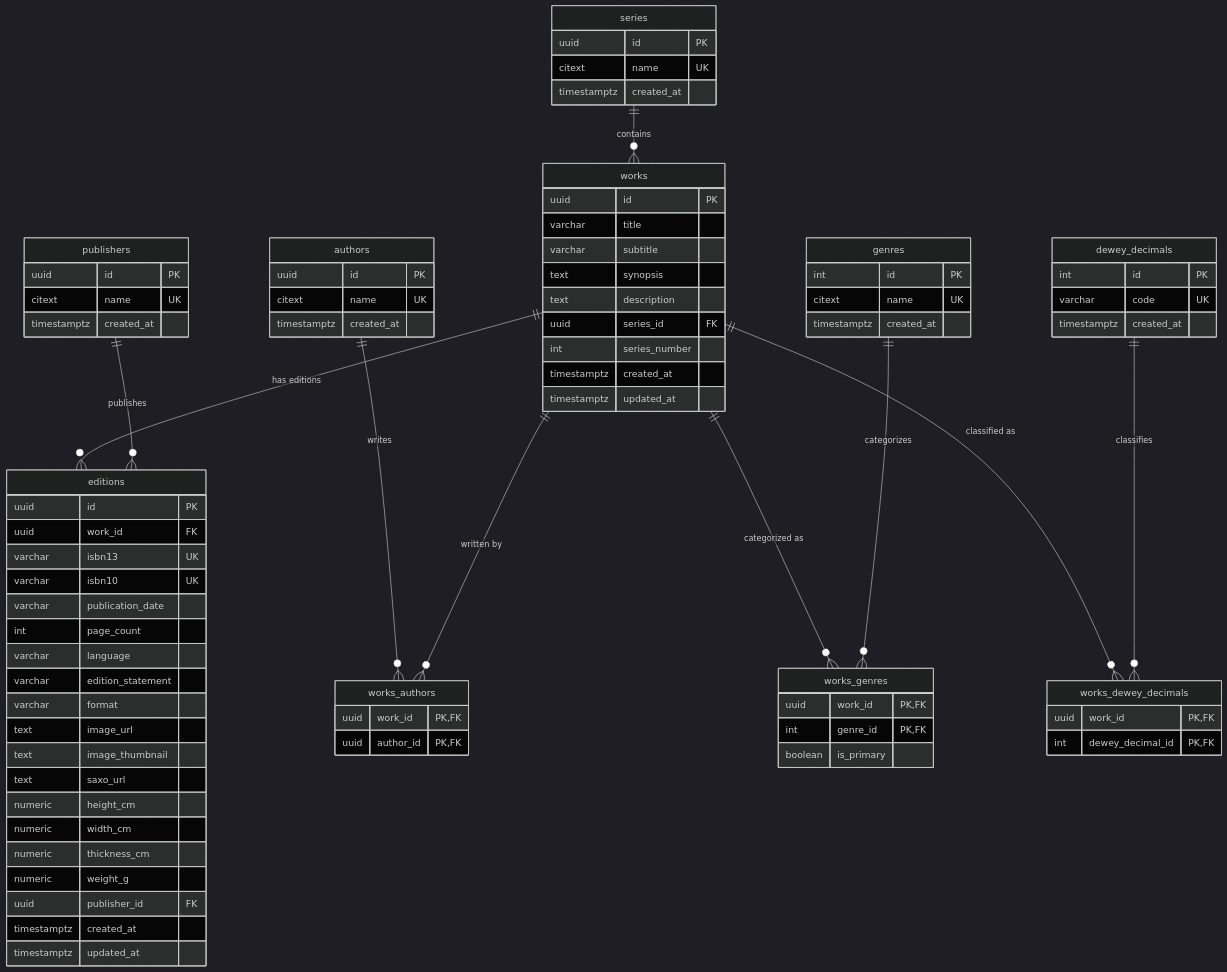
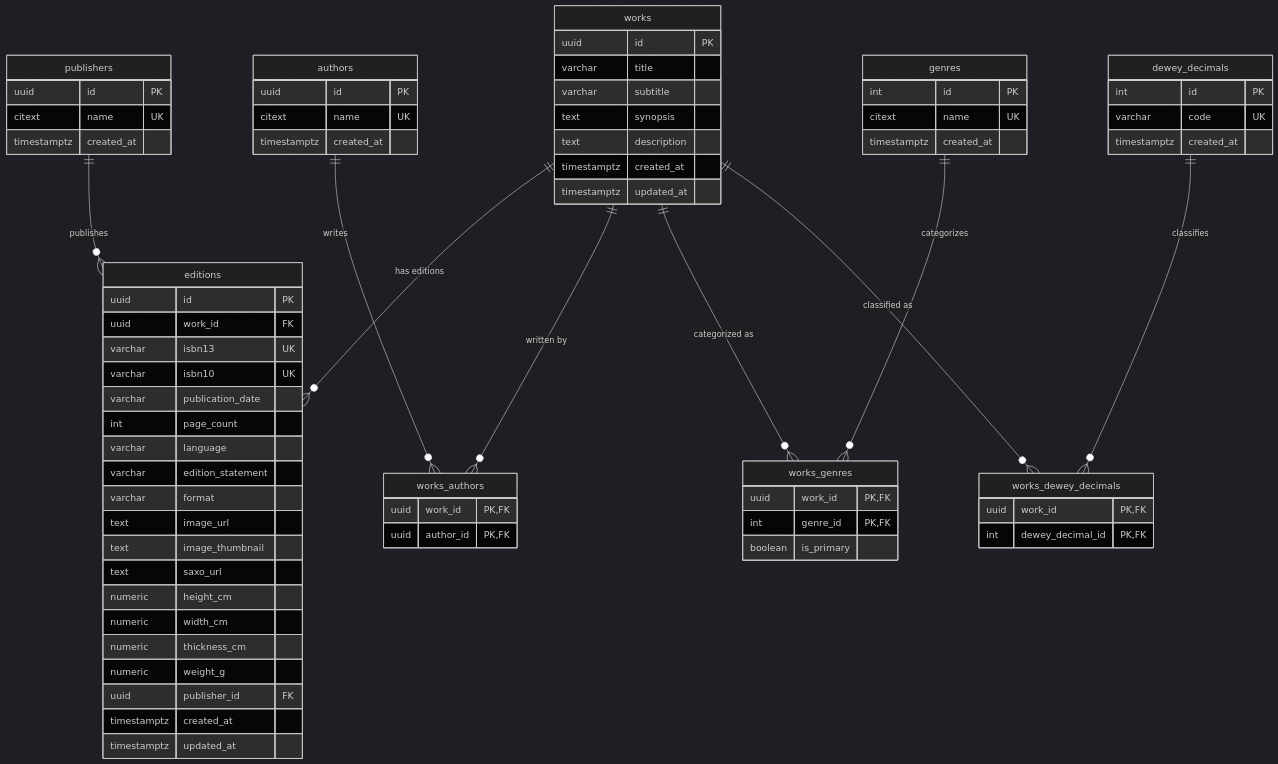
Before and after one commit to lynge96/Reveries: the diagram in README.md, drawn with Mermaid (dark theme). The commit also changed 56 other files, not shown here.

````diff
--- a/README.md
+++ b/README.md
@@ -62,8 +62,6 @@
         varchar subtitle
         text synopsis
         text description
-        uuid series_id FK
-        int series_number
         timestamptz created_at
         timestamptz updated_at
     }
@@ -97,12 +95,6 @@
     }
 
     publishers {
-        uuid id PK
-        citext name UK
-        timestamptz created_at
-    }
-
-    series {
         uuid id PK
         citext name UK
         timestamptz created_at
@@ -148,5 +140,4 @@
     dewey_decimals ||--o{ works_dewey_decimals : "classifies"
 
     publishers ||--o{ editions : "publishes"
-    series ||--o{ works : "contains"
 ```
````
